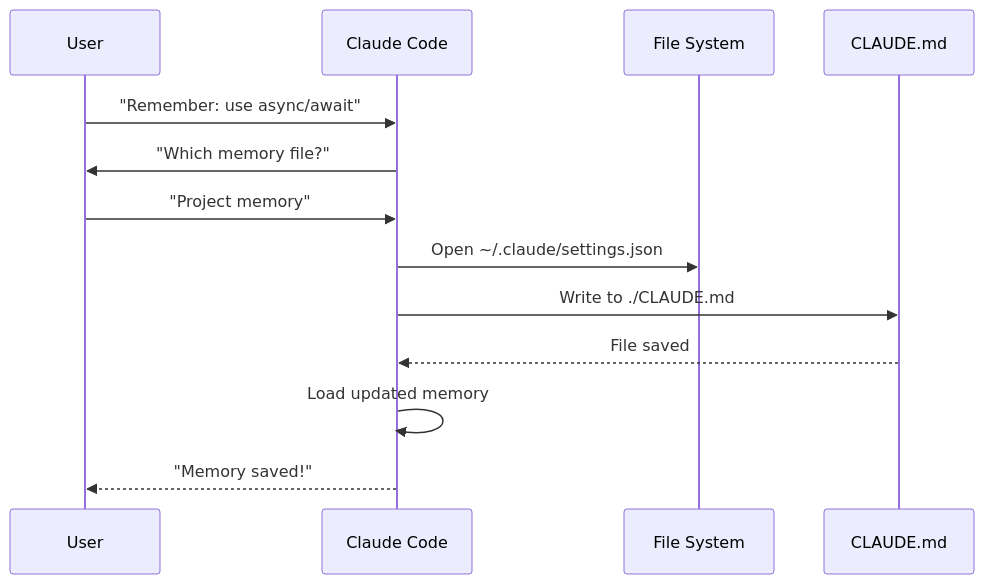
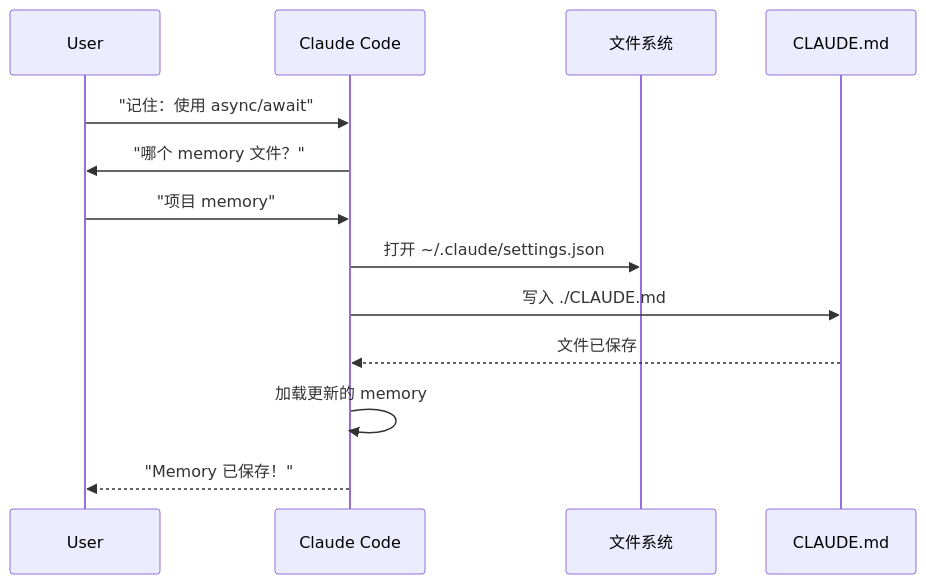
One commit to hellojoju/claude-code-lesson changed the third of 5 diagrams in 02-memory/README.md. Above: the diagram before and after it, drawn with Mermaid. The commit also changed other lines of this file and 9 other files, not shown here.

````diff
--- a/02-memory/README.md
+++ b/02-memory/README.md
@@ -410,16 +410,16 @@
 ```mermaid
 sequenceDiagram
     participant User
     participant Claude as Claude Code
-    participant Editor as File System
+    participant Editor as 文件系统
     participant Memory as CLAUDE.md
 
-    User->>Claude: "Remember: use async/await"
-    Claude->>User: "Which memory file?"
-    User->>Claude: "Project memory"
-    Claude->>Editor: Open ~/.claude/settings.json
-    Claude->>Memory: Write to ./CLAUDE.md
-    Memory-->>Claude: File saved
-    Claude->>Claude: Load updated memory
-    Claude-->>User: "Memory saved!"
+    User->>Claude: "记住：使用 async/await"
+    Claude->>User: "哪个 memory 文件？"
+    User->>Claude: "项目 memory"
+    Claude->>Editor: 打开 ~/.claude/settings.json
+    Claude->>Memory: 写入 ./CLAUDE.md
+    Memory-->>Claude: 文件已保存
+    Claude->>Claude: 加载更新的 memory
+    Claude-->>User: "Memory 已保存！"
 ```
````
